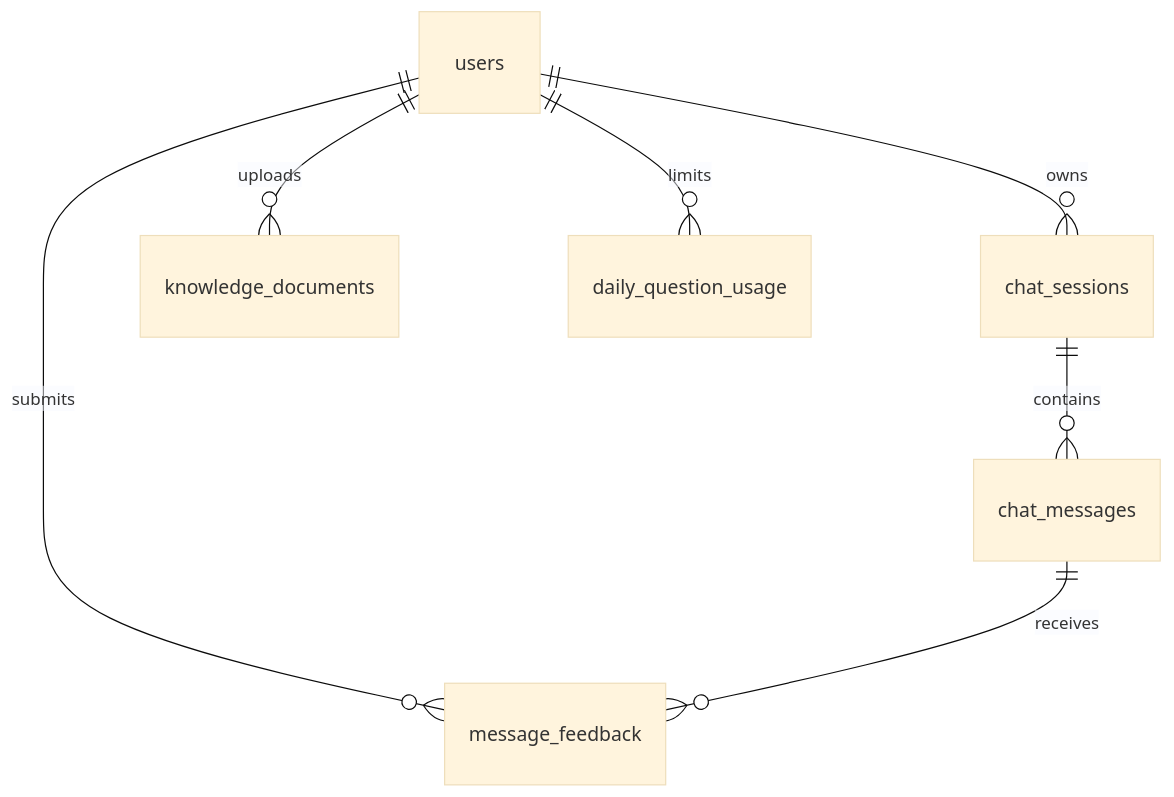
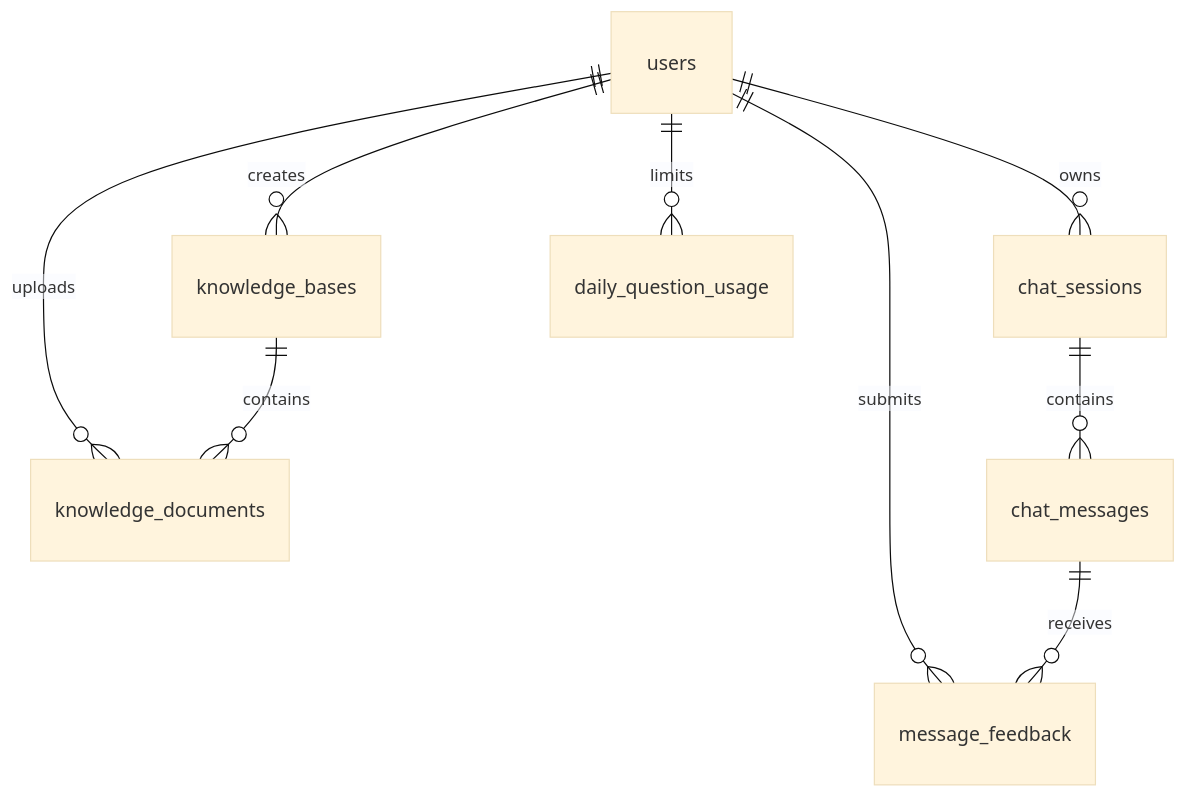
One commit to tangyu1719/haici-intelligent-customer-service changed the diagram in docs/数据库设计.md. Above: the diagram before and after it, drawn with Mermaid (base theme). The commit also changed other lines of this file and 2 other files, not shown here.

````diff
--- a/docs/数据库设计.md
+++ b/docs/数据库设计.md
@@ -5,9 +5,11 @@
 ```mermaid
 erDiagram
     users ||--o{ chat_sessions : owns
+    users ||--o{ knowledge_bases : creates
     users ||--o{ knowledge_documents : uploads
     users ||--o{ message_feedback : submits
     users ||--o{ daily_question_usage : limits
     chat_sessions ||--o{ chat_messages : contains
     chat_messages ||--o{ message_feedback : receives
+    knowledge_bases ||--o{ knowledge_documents : contains
 ```
````
